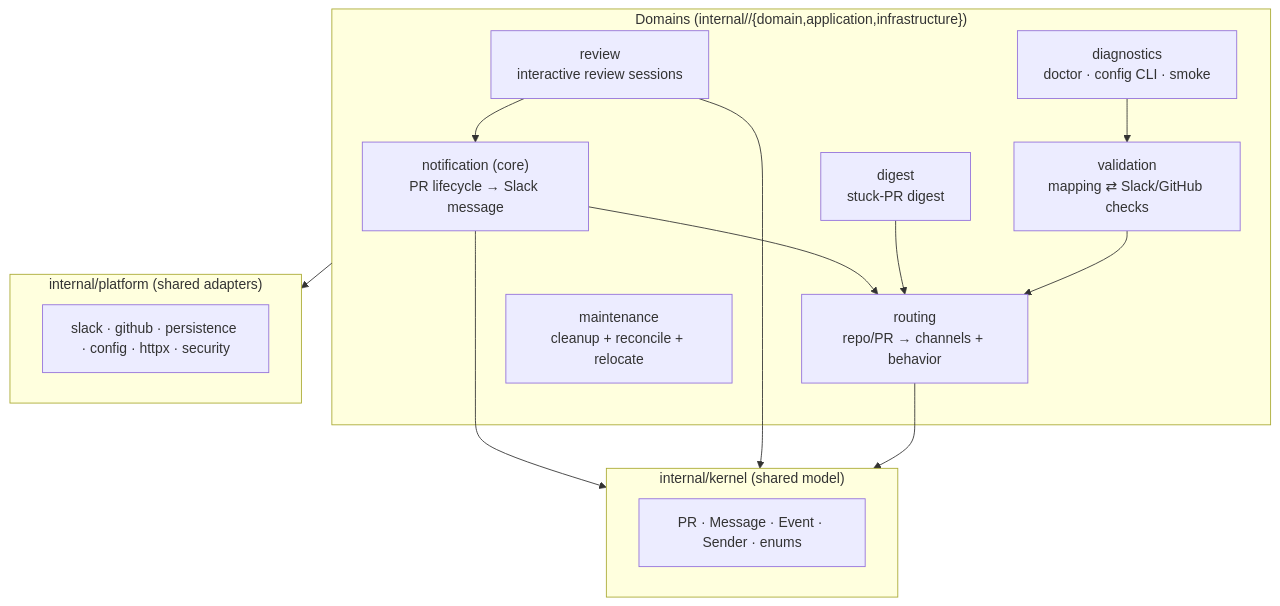
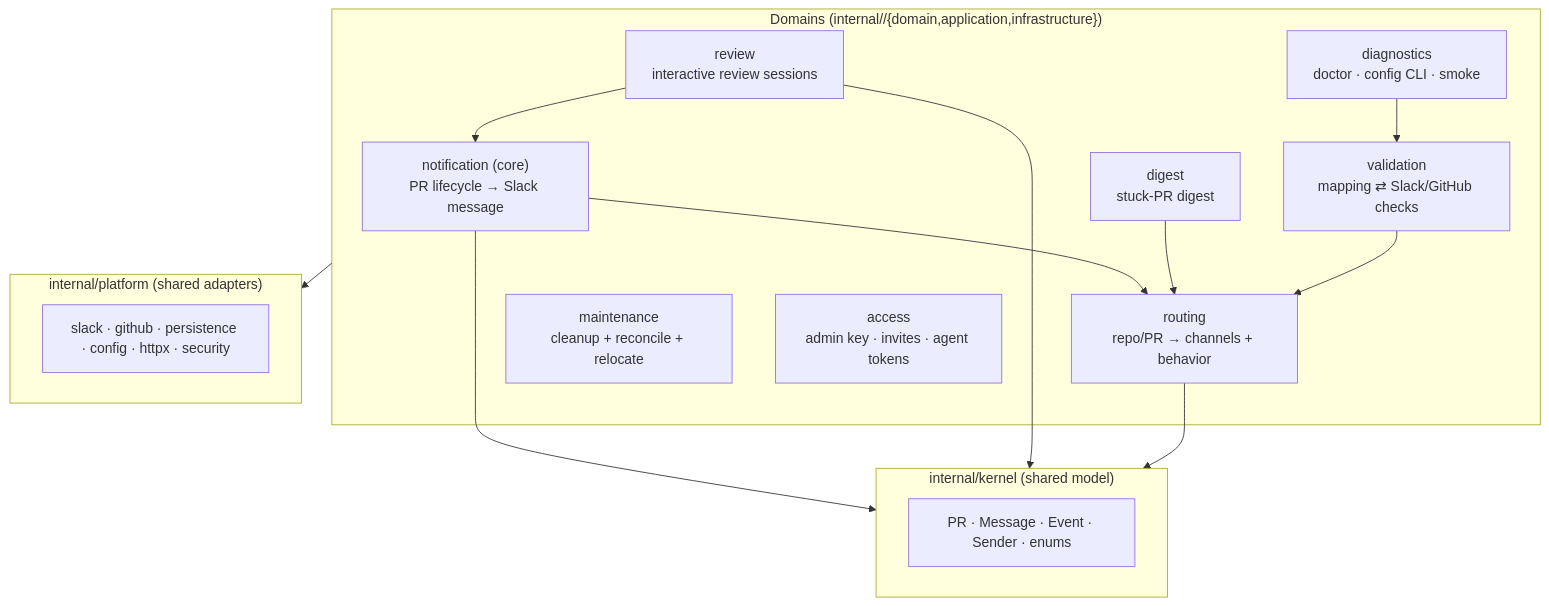
The diagram in ARCHITECTURE.md (mptooling/notifycat), drawn with Mermaid before and after one commit. The commit also changed other lines of this file and 4 other files, not shown here.

Commit message:
docs(access): document the admin port, invites and agent tokens

````diff
--- a/ARCHITECTURE.md
+++ b/ARCHITECTURE.md
@@ -59,27 +64,28 @@
 ```mermaid
 flowchart TB
   subgraph domains["Domains (internal/<domain>/{domain,application,infrastructure})"]
     notification["notification (core)<br/>PR lifecycle → Slack message"]
     review["review<br/>interactive review sessions"]
     routing["routing<br/>repo/PR → channels + behavior"]
     validation["validation<br/>mapping ⇄ Slack/GitHub checks"]
     digest["digest<br/>stuck-PR digest"]
     maintenance["maintenance<br/>cleanup + reconcile + relocate"]
     diagnostics["diagnostics<br/>doctor · config CLI · smoke"]
+    access["access<br/>admin key · invites · agent tokens"]
   end
   subgraph kernel["internal/kernel (shared model)"]
     k["PR · Message · Event · Sender · enums"]
   end
   subgraph platform["internal/platform (shared adapters)"]
     p["slack · github · persistence · config · httpx · security"]
   end
   notification --> kernel
   review --> kernel
   routing --> kernel
   notification --> routing
   review --> notification
   digest --> routing
   validation --> routing
   diagnostics --> validation
   domains --> platform
 ```
````
